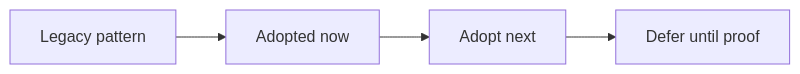
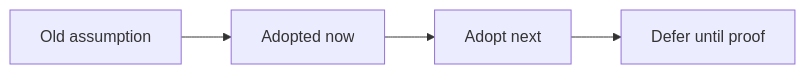
The diagram in docs/MODERNIZATION_AUDIT.md (vjsingh1984/inferflux), drawn with Mermaid before and after one commit. The commit also changed other lines of this file and 13 other files, not shown here.

````diff
--- a/docs/MODERNIZATION_AUDIT.md
+++ b/docs/MODERNIZATION_AUDIT.md
@@ -6,6 +6,6 @@
 ```mermaid
 flowchart LR
-    A[Legacy pattern] --> B[Adopted now]
+    A[Old assumption] --> B[Adopted now]
     B --> C[Adopt next]
     C --> D[Defer until proof]
 ```
````
